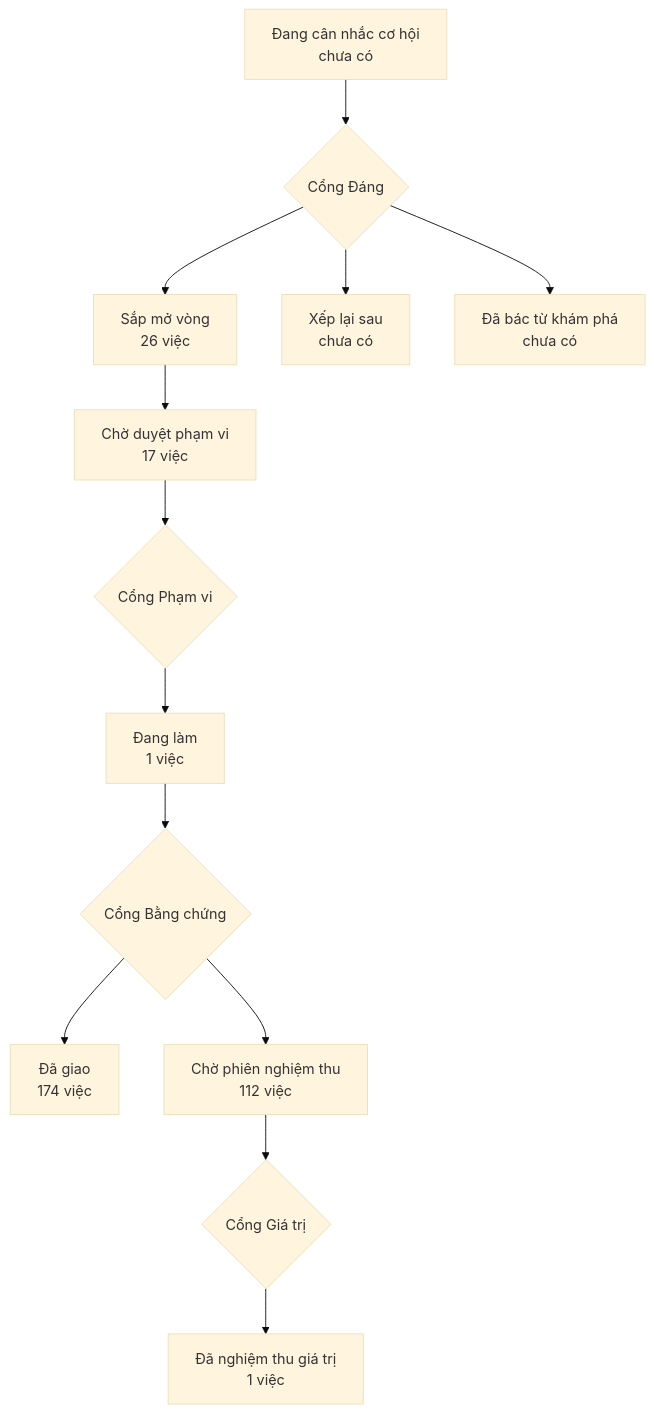
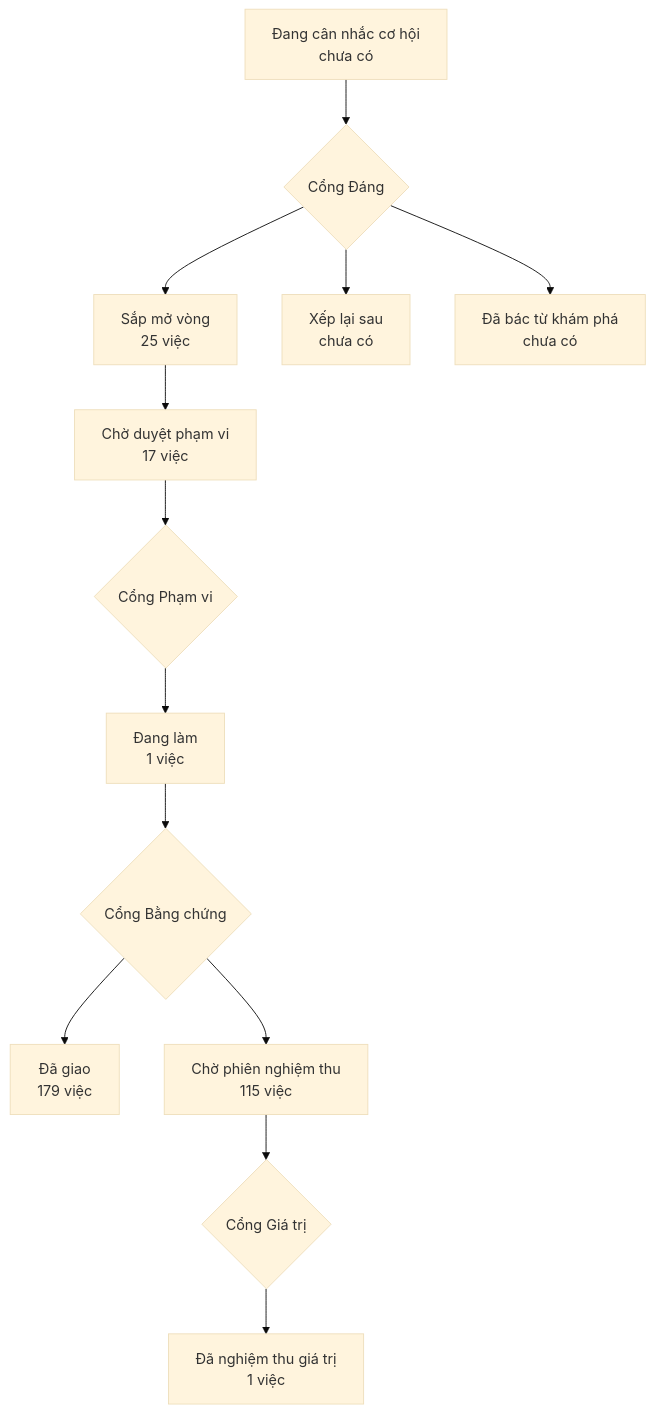
One commit to phanlemanh/onehub-invest changed the diagram in PRODUCT-MAP.md. Above: the diagram before and after it, drawn with Mermaid (base theme). The commit also changed other lines of this file and 1 other file, not shown here.

````diff
--- a/PRODUCT-MAP.md
+++ b/PRODUCT-MAP.md
@@ -7,12 +7,12 @@
 ```mermaid
 flowchart TD
   A["Đang cân nhắc cơ hội<br/>chưa có"] --> GD{"Cổng Đáng"}
-  GD --> B["Sắp mở vòng<br/>26 việc"]
+  GD --> B["Sắp mở vòng<br/>25 việc"]
   GD --> XL["Xếp lại sau<br/>chưa có"]
   GD --> DB["Đã bác từ khám phá<br/>chưa có"]
   B --> CD["Chờ duyệt phạm vi<br/>17 việc"] --> GP{"Cổng Phạm vi"}
   GP --> DL["Đang làm<br/>1 việc"] --> GB{"Cổng Bằng chứng"}
-  GB --> DG["Đã giao<br/>174 việc"]
-  GB --> CN["Chờ phiên nghiệm thu<br/>112 việc"] --> GG{"Cổng Giá trị"}
+  GB --> DG["Đã giao<br/>179 việc"]
+  GB --> CN["Chờ phiên nghiệm thu<br/>115 việc"] --> GG{"Cổng Giá trị"}
   GG --> NT["Đã nghiệm thu giá trị<br/>1 việc"]
 ```
````
